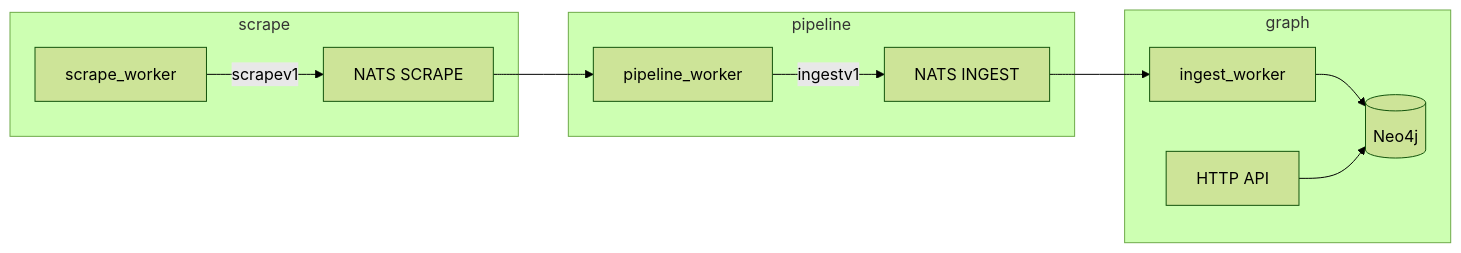
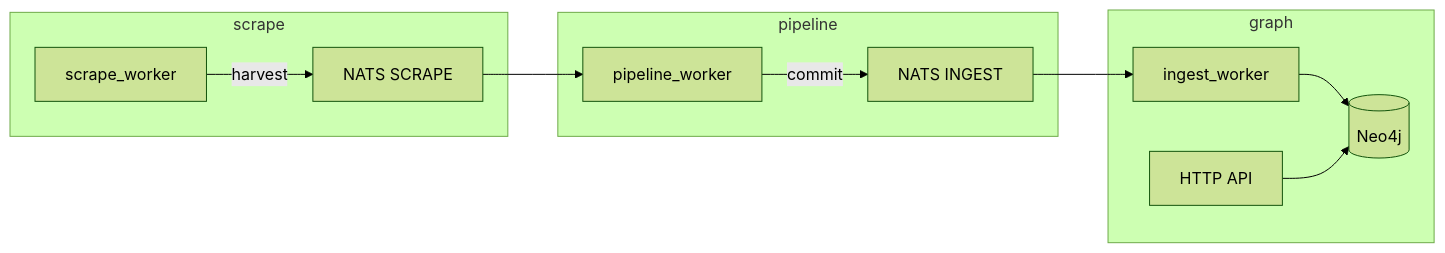
The diagram in README.md (butbeautifulv/threat_intelligence), drawn with Mermaid (forest theme) before and after one commit. The commit also changed other lines of this file and 11 other files, not shown here.

````diff
--- a/README.md
+++ b/README.md
@@ -13,19 +13,19 @@
 ```mermaid
 flowchart LR
   subgraph scrape [scrape]
     SW[scrape_worker]
-    SW -->|scrapev1| NATS1[NATS SCRAPE]
+    SW -->|harvest| NATS1[NATS SCRAPE]
   end
   subgraph pipeline [pipeline]
     PW[pipeline_worker]
     NATS1 --> PW
-    PW -->|ingestv1| NATS2[NATS INGEST]
+    PW -->|commit| NATS2[NATS INGEST]
   end
   subgraph graph [graph]
     IW[ingest_worker]
     Neo4j[(Neo4j)]
     API[HTTP API]
     NATS2 --> IW --> Neo4j
     API --> Neo4j
   end
 ```
````
